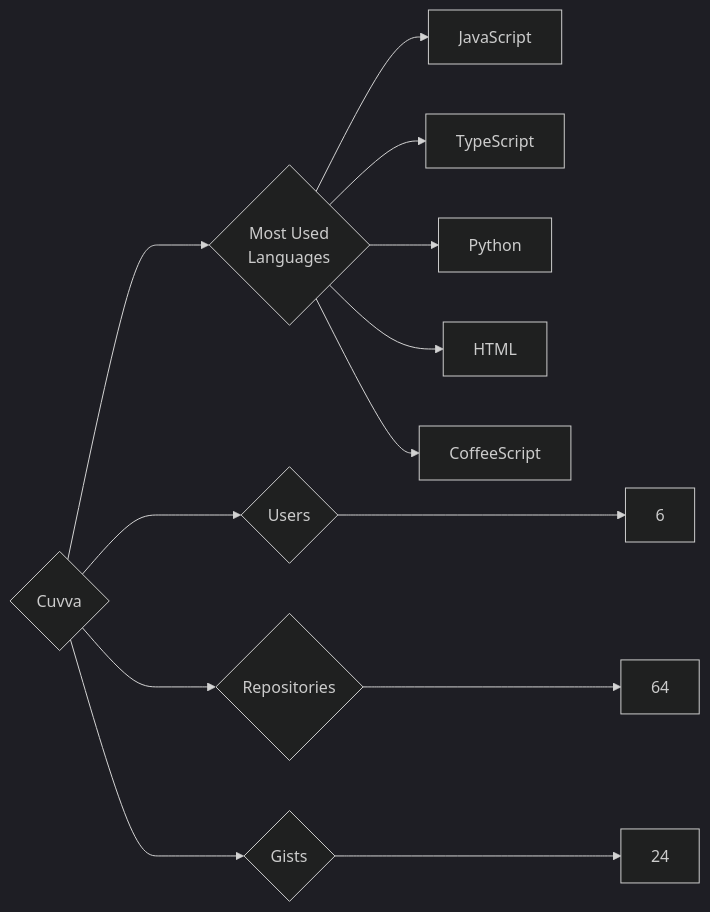
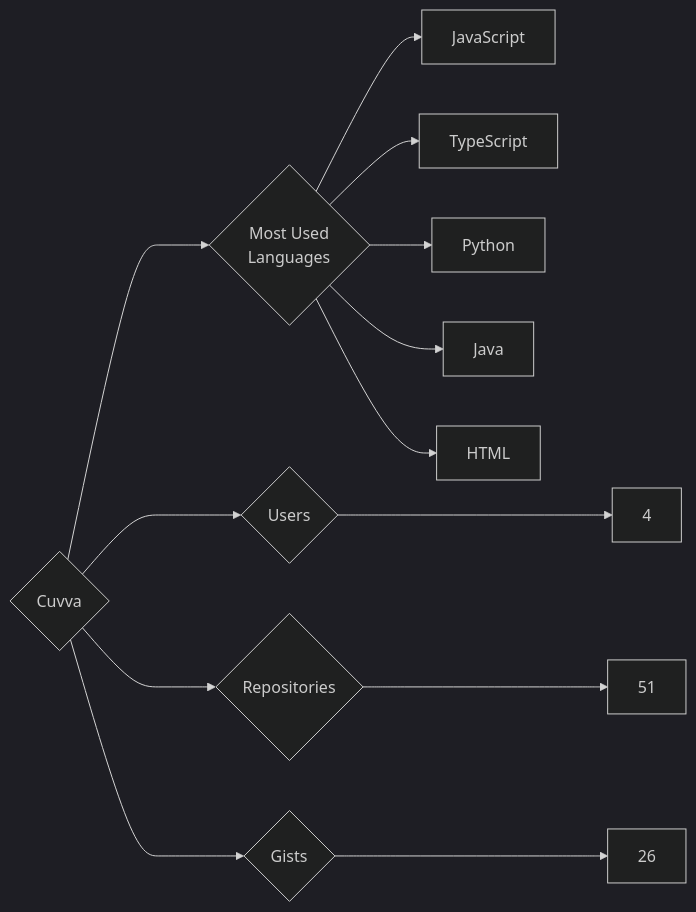
Before and after one commit to trickest/insiders: the diagram in targets/Cuvva/README.md, drawn with Mermaid (dark theme). The commit also changed 676 other files, not shown here.

````diff
--- a/targets/Cuvva/README.md
+++ b/targets/Cuvva/README.md
@@ -3,13 +3,13 @@
 ```mermaid
 graph LR
 COMPANY_NAME{Cuvva}
-COMPANY_NAME ---> U{Users} ---> UN[6]
-COMPANY_NAME ---> R{Repositories} ---> RN[64]
-COMPANY_NAME ---> G{Gists} ---> GN[24]
+COMPANY_NAME ---> U{Users} ---> UN[4]
+COMPANY_NAME ---> R{Repositories} ---> RN[51]
+COMPANY_NAME ---> G{Gists} ---> GN[26]
 COMPANY_NAME ---> ML{Most Used<br>Languages}
 ML --> JavaScript[JavaScript]
 ML --> TypeScript[TypeScript]
 ML --> Python[Python]
+ML --> Java[Java]
 ML --> HTML[HTML]
-ML --> CoffeeScript[CoffeeScript]
 ```
````
